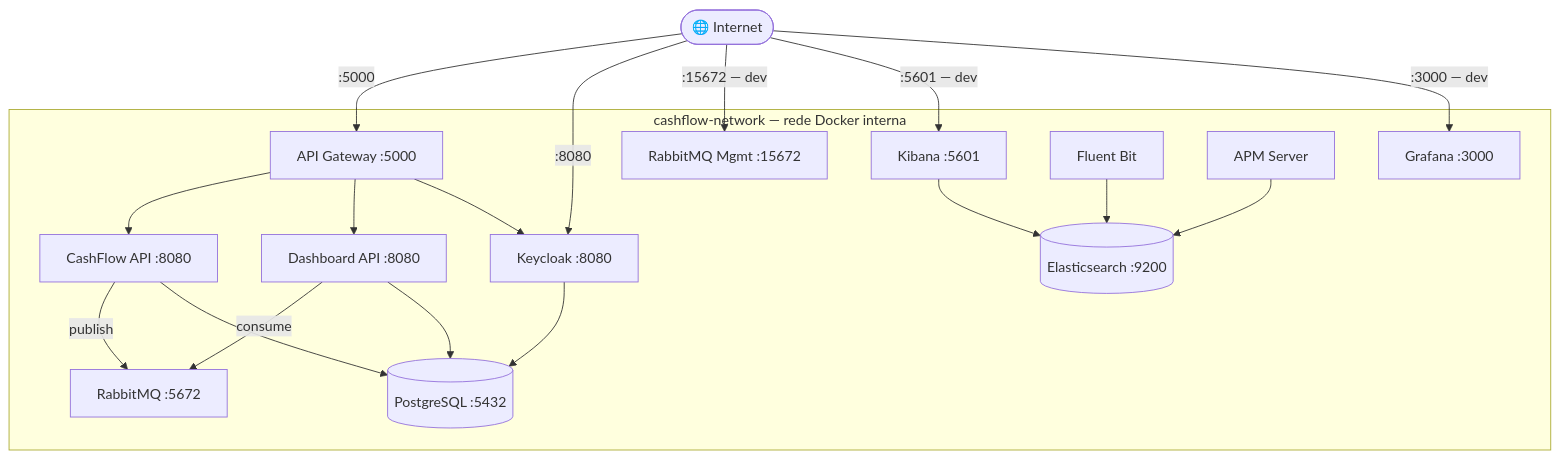
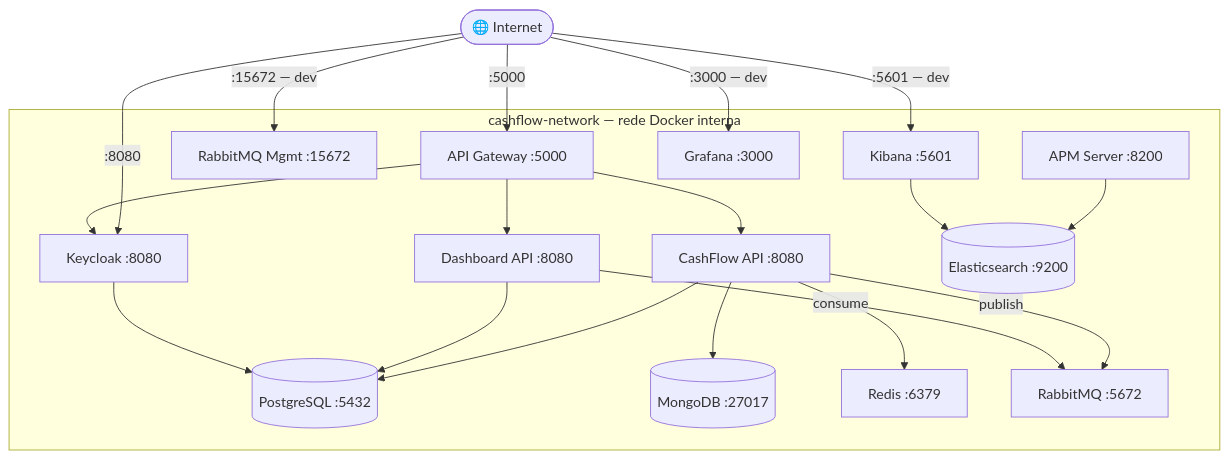
Before and after one commit to filipececcon/arch-challenge: the first of 4 diagrams in docs/security/service-to-service.md, drawn with Mermaid. The commit also changed other lines of this file and 41 other files, not shown here.

````diff
--- a/docs/security/service-to-service.md
+++ b/docs/security/service-to-service.md
@@ -13,40 +13,42 @@
 ```mermaid
 graph TD
     Internet(["🌐 Internet"])
 
     Internet -->|":5000"| GW
     Internet -->|":8080"| KC
     Internet -->|":15672 — dev"| RMGMT
     Internet -->|":5601 — dev"| KIB
     Internet -->|":3000 — dev"| GRF
 
     subgraph NET["cashflow-network — rede Docker interna"]
         GW["API Gateway :5000"]
         KC["Keycloak :8080"]
         CF["CashFlow API :8080"]
         DA["Dashboard API :8080"]
         PG[("PostgreSQL :5432")]
+        MG[("MongoDB :27017")]
+        RDS["Redis :6379"]
         RMQ["RabbitMQ :5672"]
         ES[("Elasticsearch :9200")]
-        FB["Fluent Bit"]
-        APMS["APM Server"]
+        APMS["APM Server :8200"]
         KIB["Kibana :5601"]
         GRF["Grafana :3000"]
         RMGMT["RabbitMQ Mgmt :15672"]
 
         GW --> CF
         GW --> DA
         GW --> KC
 
         CF -->|"publish"| RMQ
         DA -->|"consume"| RMQ
 
         CF --> PG
+        CF --> MG
+        CF --> RDS
         DA --> PG
         KC --> PG
 
-        FB --> ES
+        APMS --> ES
         KIB --> ES
-        APMS --> ES
     end
 ```
````
